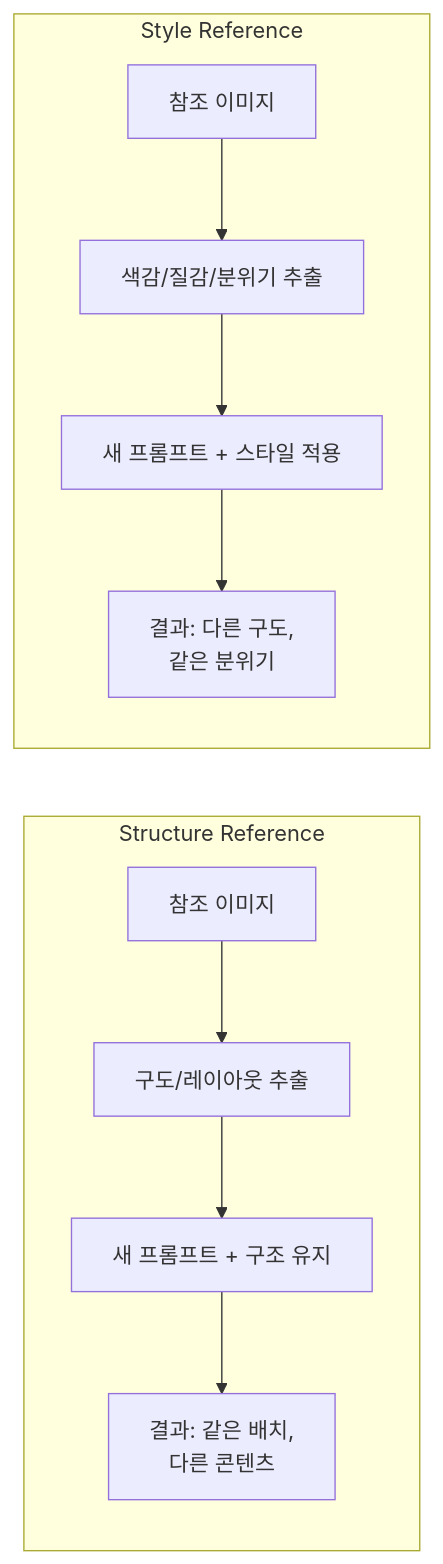
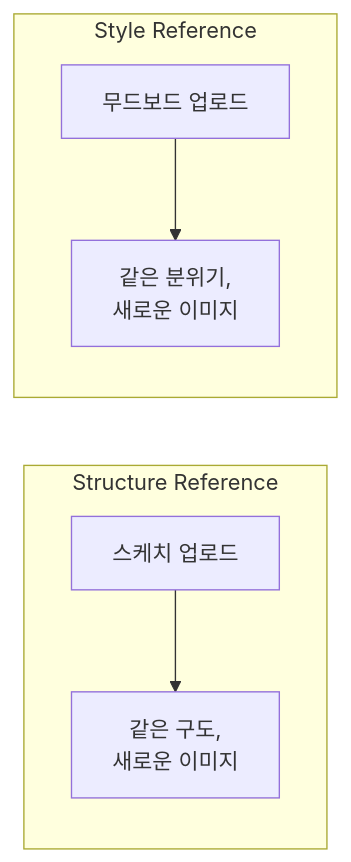
One commit to jsonpassion/forge-tutorial-promptcanvas changed the first of 2 diagrams in 01-ch1-ai-이미지-생성-개론/03-03-adobe-firefly와-크리에이티브-생태계.md. Above: the diagram before and after it, drawn with Mermaid. The commit also changed other lines of this file and 12 other files, not shown here.

````diff
--- a/01-ch1-ai-이미지-생성-개론/03-03-adobe-firefly와-크리에이티브-생태계.md
+++ b/01-ch1-ai-이미지-생성-개론/03-03-adobe-firefly와-크리에이티브-생태계.md
@@ -86,14 +62,10 @@
 ```mermaid
 flowchart LR
     subgraph SR["Structure Reference"]
-        S1["참조 이미지"] --> S2["구도/레이아웃 추출"]
-        S2 --> S3["새 프롬프트 + 구조 유지"]
-        S3 --> S4["결과: 같은 배치,<br/>다른 콘텐츠"]
+        S1["스케치 업로드"] --> S2["같은 구도,<br/>새로운 이미지"]
     end
-    
+
     subgraph STR["Style Reference"]
-        T1["참조 이미지"] --> T2["색감/질감/분위기 추출"]
-        T2 --> T3["새 프롬프트 + 스타일 적용"]
-        T3 --> T4["결과: 다른 구도,<br/>같은 분위기"]
+        T1["무드보드 업로드"] --> T2["같은 분위기,<br/>새로운 이미지"]
     end
 ```
````
